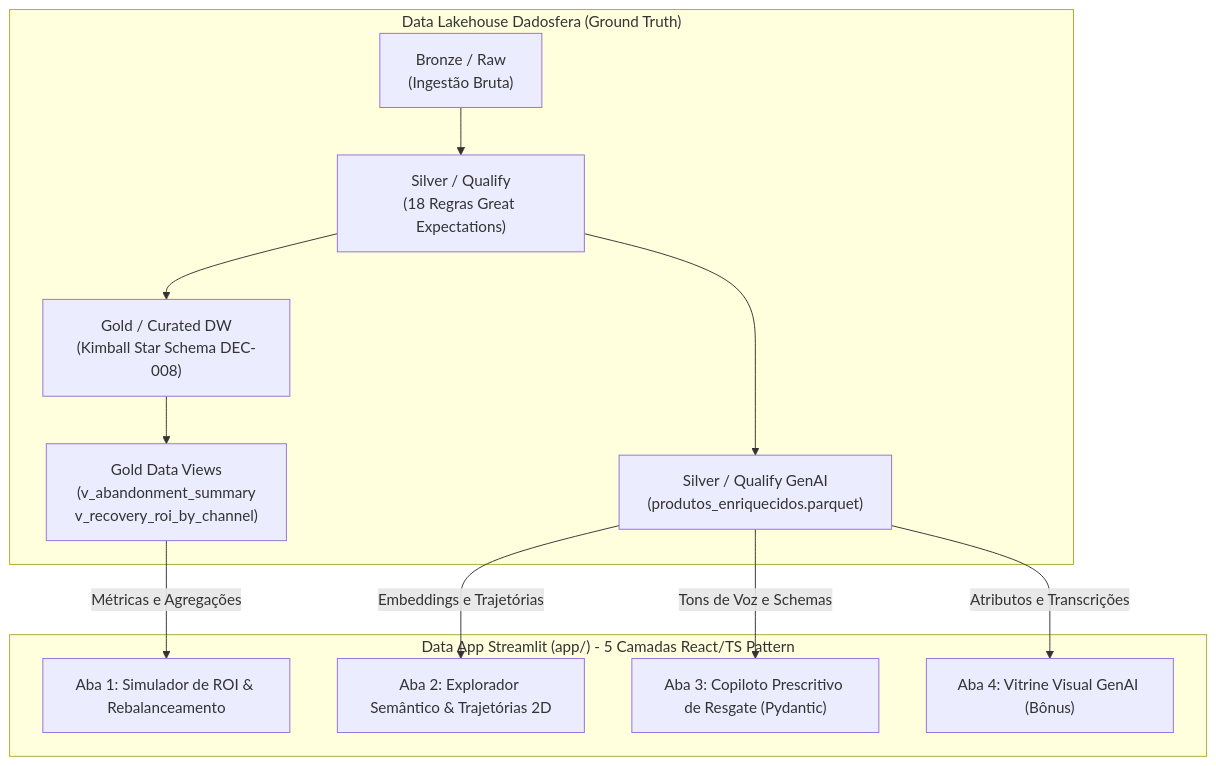
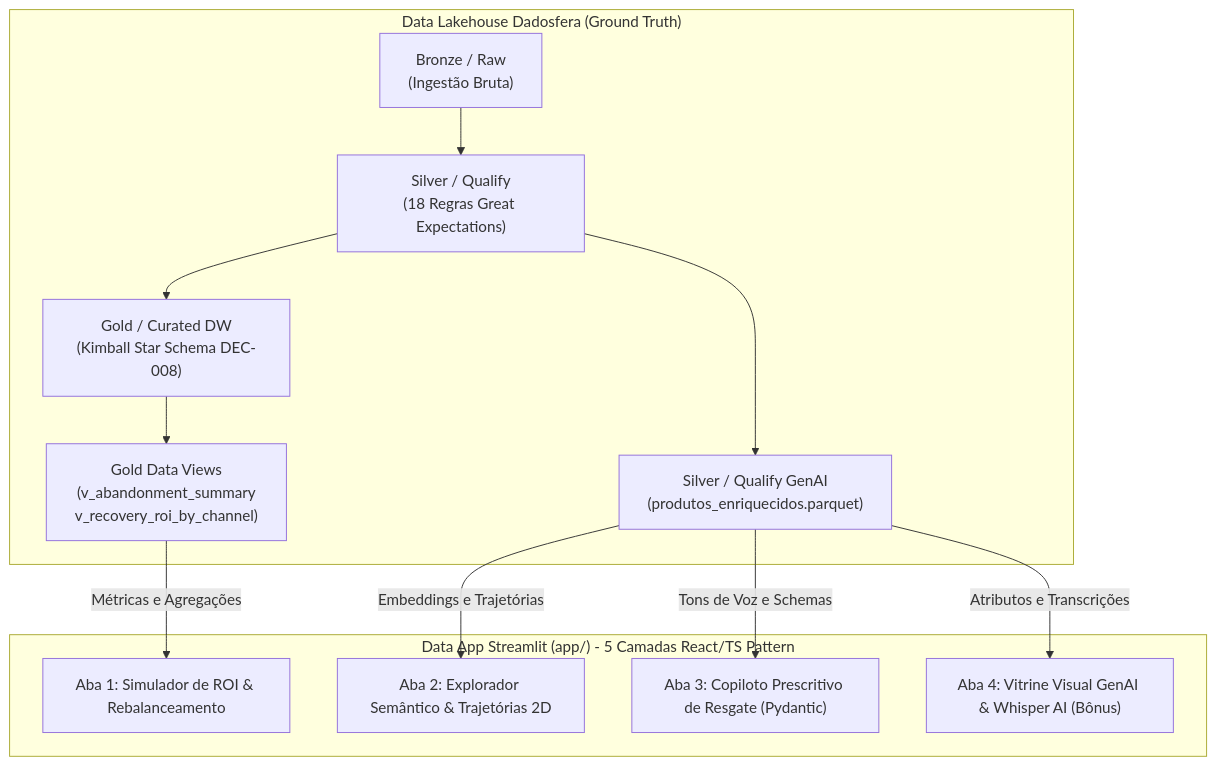
Before and after one commit to henriquesati/PEDRO_SALES_DDF_TECH_082026: the diagram in pipelines/case-item-09/specs.md, drawn with Mermaid. The commit also changed other lines of this file and 26 other files, not shown here.

````diff
--- a/pipelines/case-item-09/specs.md
+++ b/pipelines/case-item-09/specs.md
@@ -26,21 +26,21 @@
 ```mermaid
 flowchart TD
     subgraph Lakehouse["Data Lakehouse Dadosfera (Ground Truth)"]
         BRONZE["Bronze / Raw\n(Ingestão Bruta)"] --> SILVER["Silver / Qualify\n(18 Regras Great Expectations)"]
         SILVER --> SILVER_GENAI["Silver / Qualify GenAI\n(produtos_enriquecidos.parquet)"]
         SILVER --> GOLD["Gold / Curated DW\n(Kimball Star Schema DEC-008)"]
         GOLD --> VIEWS["Gold Data Views\n(v_abandonment_summary\nv_recovery_roi_by_channel)"]
     end
 
     subgraph DataApp["Data App Streamlit (app/) - 5 Camadas React/TS Pattern"]
         M1["Aba 1: Simulador de ROI & Rebalanceamento"]
         M2["Aba 2: Explorador Semântico & Trajetórias 2D"]
         M3["Aba 3: Copiloto Prescritivo de Resgate (Pydantic)"]
-        M4["Aba 4: Vitrine Visual GenAI (Bônus)"]
+        M4["Aba 4: Vitrine Visual GenAI & Whisper AI (Bônus)"]
     end
 
     VIEWS -->|Métricas e Agregações| M1
     SILVER_GENAI -->|Embeddings e Trajetórias| M2
     SILVER_GENAI -->|Tons de Voz e Schemas| M3
     SILVER_GENAI -->|Atributos e Transcrições| M4
 ```
````
